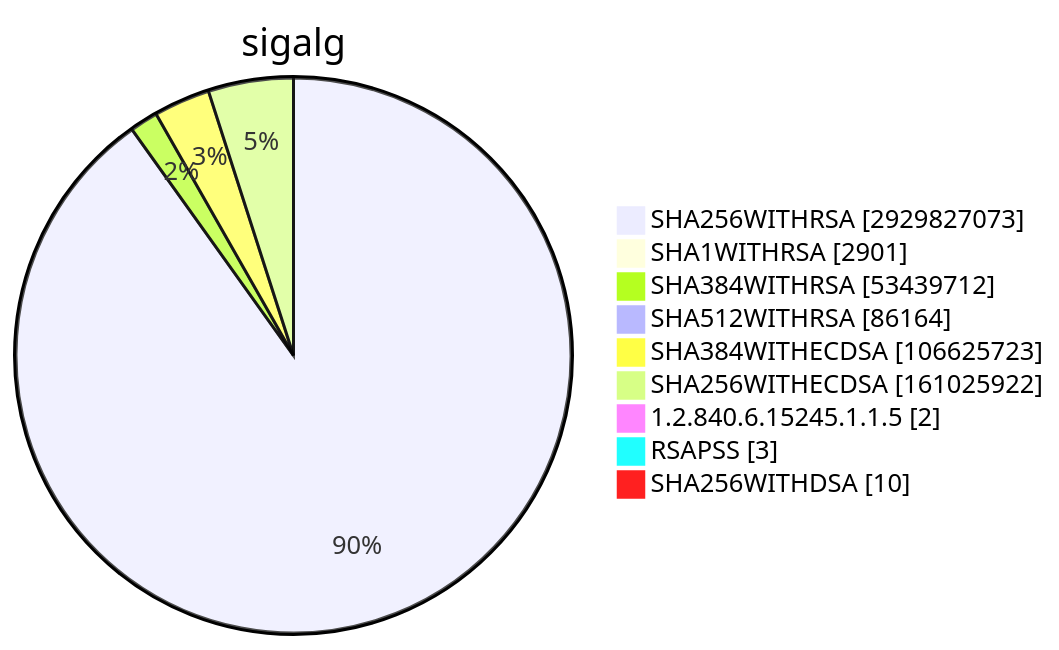
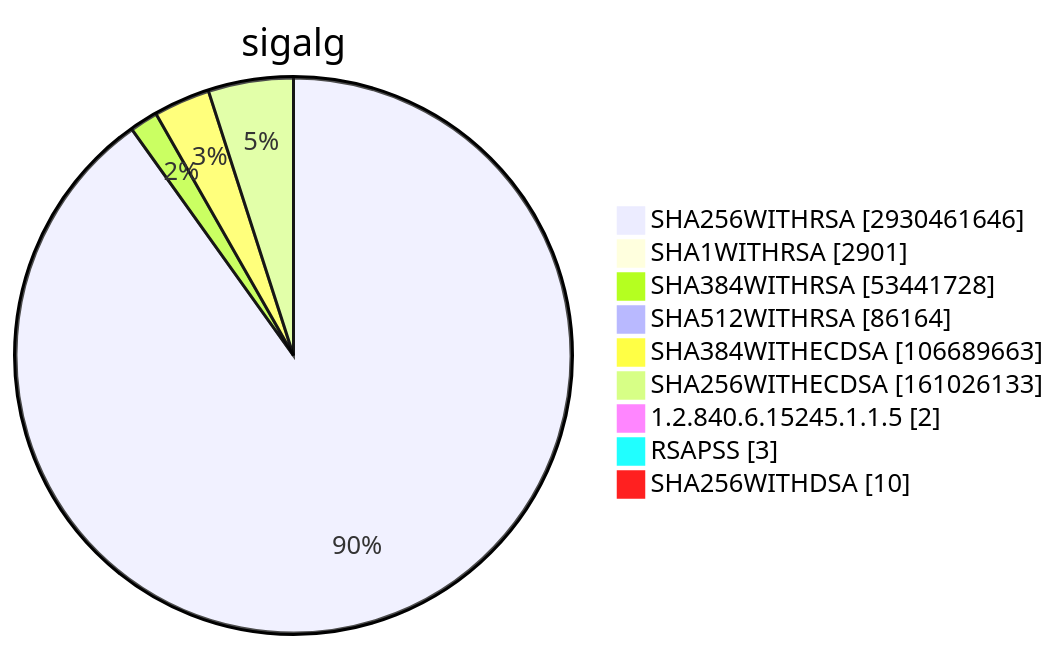
Diagram 15 of 15 in TOTAL/README.md (christiankrug/ctmonitor_visualization), drawn with Mermaid before and after one commit. The commit also changed other lines of this file, not shown here.

````diff
--- a/TOTAL/README.md
+++ b/TOTAL/README.md
@@ -6207,13 +6207,13 @@
 ```mermaid
 pie showData
 title sigalg
-"SHA256WITHRSA" :2929827073
+"SHA256WITHRSA" :2930461646
 "SHA1WITHRSA" :2901
-"SHA384WITHRSA" :53439712
+"SHA384WITHRSA" :53441728
 "SHA512WITHRSA" :86164
-"SHA384WITHECDSA" :106625723
-"SHA256WITHECDSA" :161025922
+"SHA384WITHECDSA" :106689663
+"SHA256WITHECDSA" :161026133
 "1.2.840.6.15245.1.1.5" :2
 "RSAPSS" :3
 "SHA256WITHDSA" :10
 ```
````
